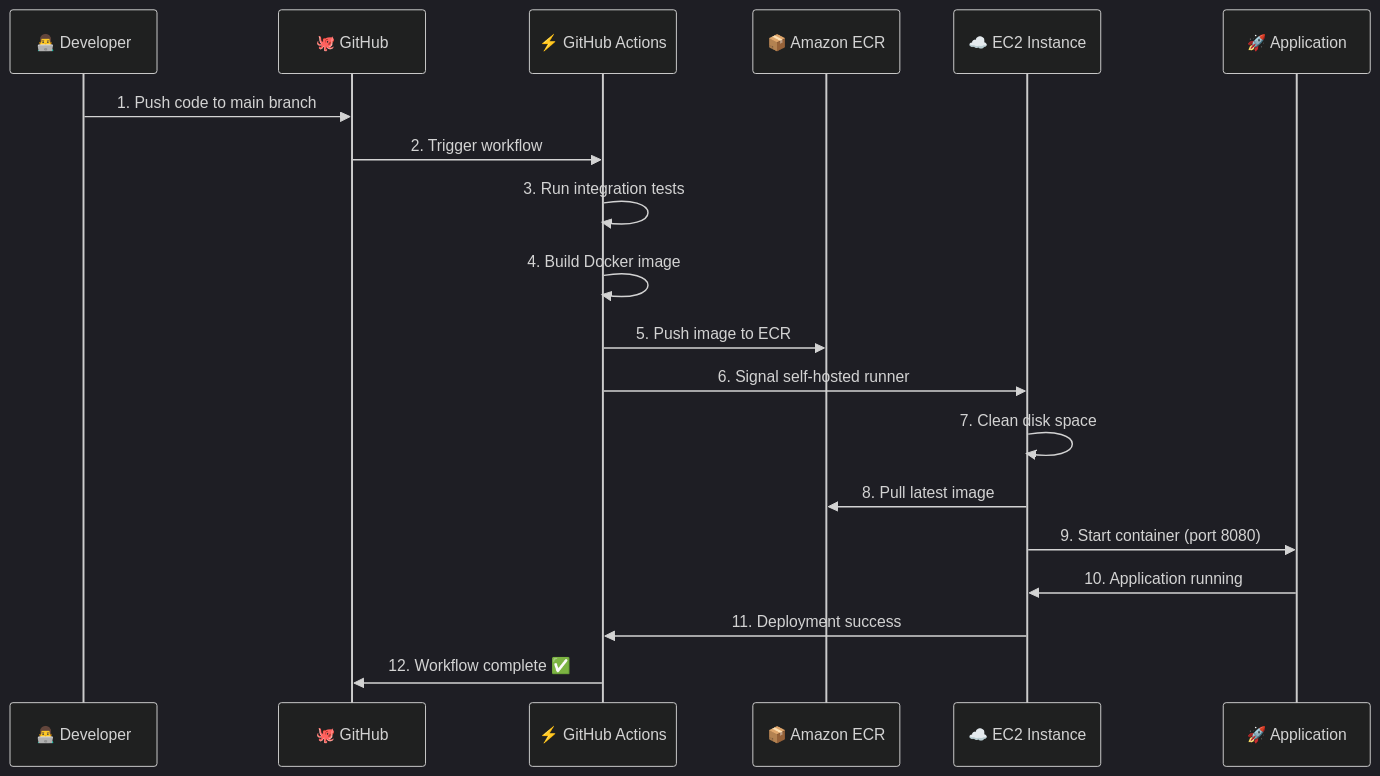
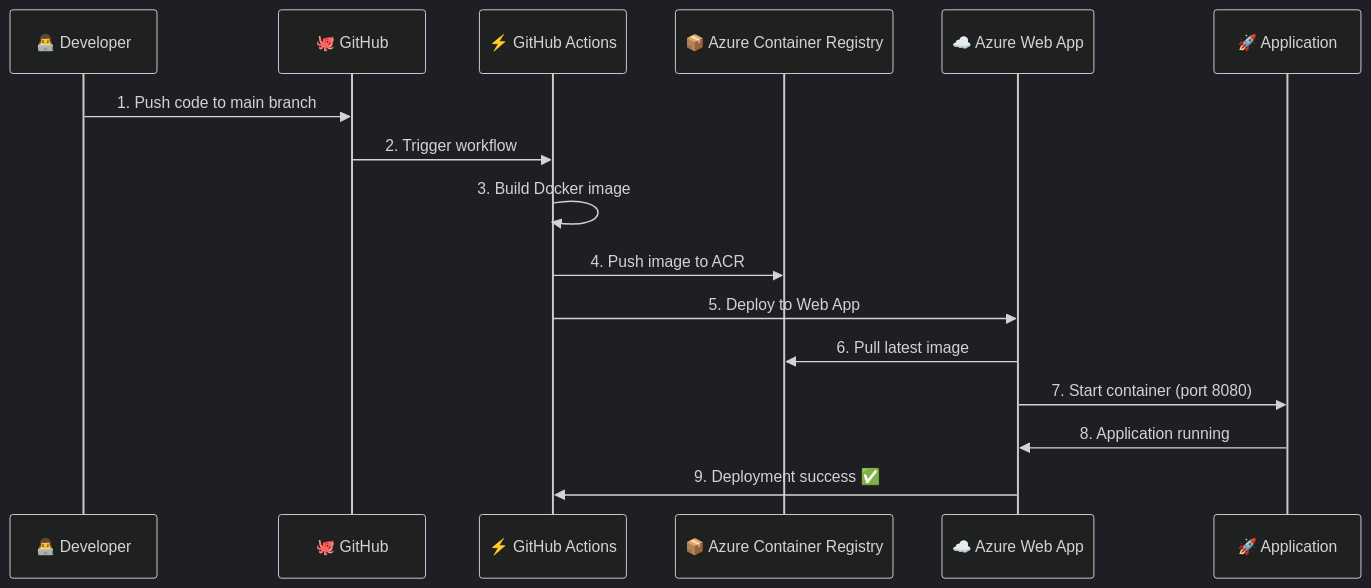
One commit to jagadeshchilla/student_performance_AZURE changed the sixth of 6 diagrams in README.md. Above: the diagram before and after it, drawn with Mermaid (dark theme). The commit also changed other lines of this file and 3 other files, not shown here.

````diff
--- a/README.md
+++ b/README.md
@@ -307,22 +208,19 @@
 ```mermaid
 sequenceDiagram
     participant Dev as 👨‍💻 Developer
     participant GH as 🐙 GitHub
     participant GA as ⚡ GitHub Actions
-    participant ECR as 📦 Amazon ECR
-    participant EC2 as ☁️ EC2 Instance
+    participant ACR as 📦 Azure Container Registry
+    participant WebApp as ☁️ Azure Web App
     participant App as 🚀 Application
 
     Dev->>GH: 1. Push code to main branch
     GH->>GA: 2. Trigger workflow
-    GA->>GA: 3. Run integration tests
-    GA->>GA: 4. Build Docker image
-    GA->>ECR: 5. Push image to ECR
-    GA->>EC2: 6. Signal self-hosted runner
-    EC2->>EC2: 7. Clean disk space
-    EC2->>ECR: 8. Pull latest image
-    EC2->>App: 9. Start container (port 8080)
-    App->>EC2: 10. Application running
-    EC2->>GA: 11. Deployment success
-    GA->>GH: 12. Workflow complete ✅
+    GA->>GA: 3. Build Docker image
+    GA->>ACR: 4. Push image to ACR
+    GA->>WebApp: 5. Deploy to Web App
+    WebApp->>ACR: 6. Pull latest image
+    WebApp->>App: 7. Start container (port 8080)
+    App->>WebApp: 8. Application running
+    WebApp->>GA: 9. Deployment success ✅
 ```
````
